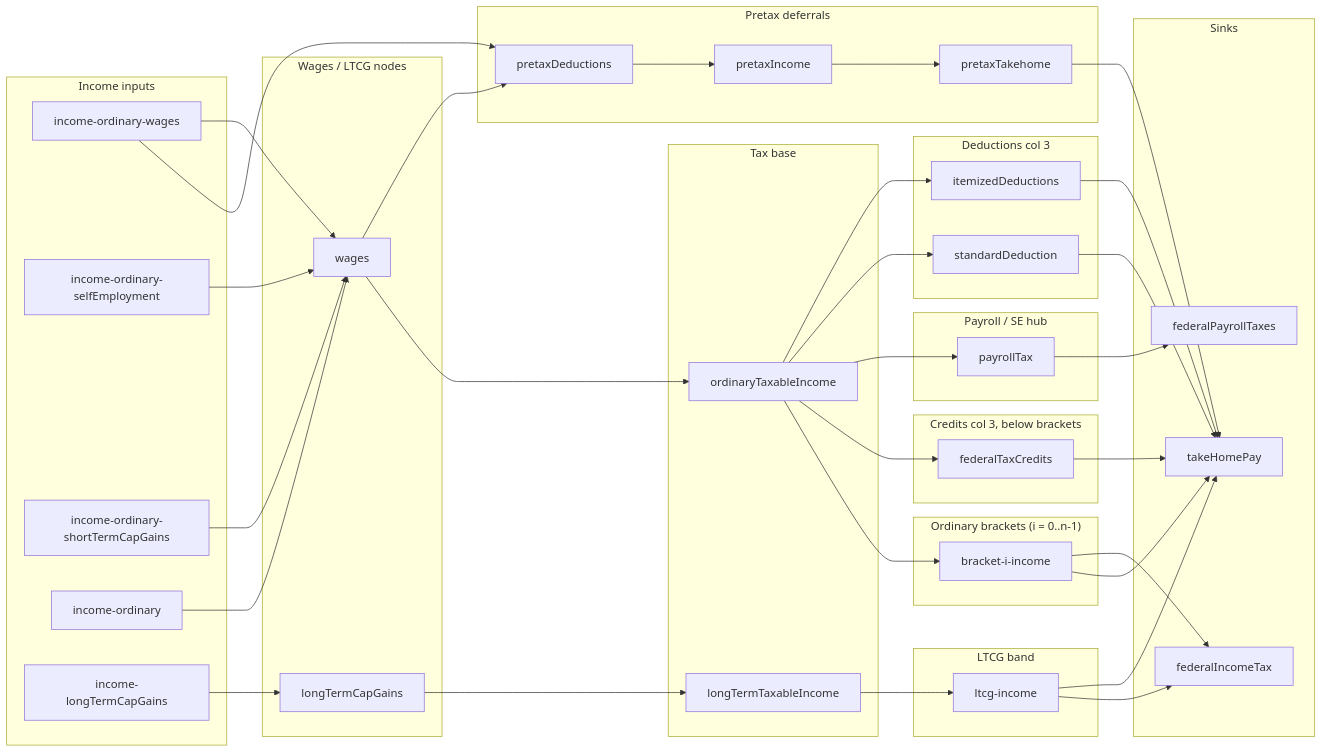
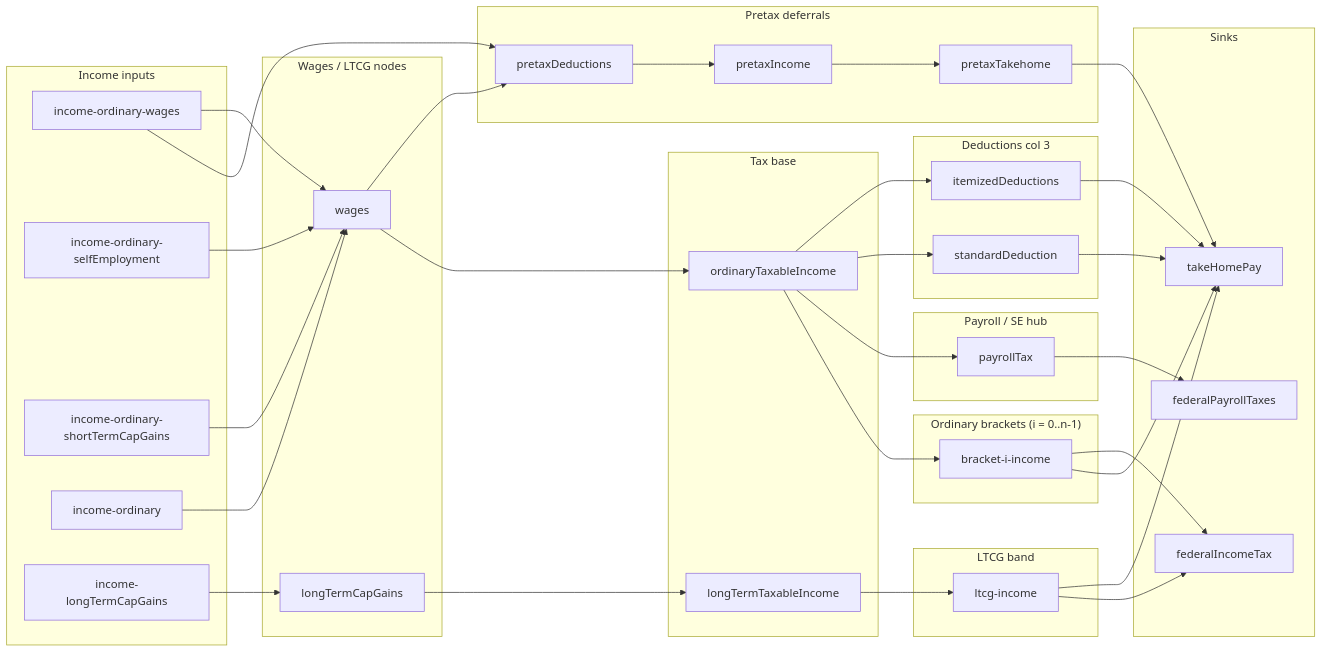
One commit to MaxwellCohen/tax-visualizer changed the diagram in docs/sankey-links.md. Above: the diagram before and after it, drawn with Mermaid. The commit also changed other lines of this file and 15 other files, not shown here.

```diff
--- a/docs/sankey-links.md
+++ b/docs/sankey-links.md
@@ -37,10 +37,6 @@
 
   subgraph payrollSe["Payroll / SE hub"]
     pt["payrollTax"]
-  end
-
-  subgraph creditsBand["Credits col 3, below brackets"]
-    ftc["federalTaxCredits"]
   end
 
   subgraph ordBands["Ordinary brackets (i = 0..n-1)"]
@@ -79,9 +75,6 @@
   bi --> thp
   bi --> fit
 
-  otiN --> ftc
-  ftc --> thp
-
   otiN --> pt
   pt --> fpt
 
```
